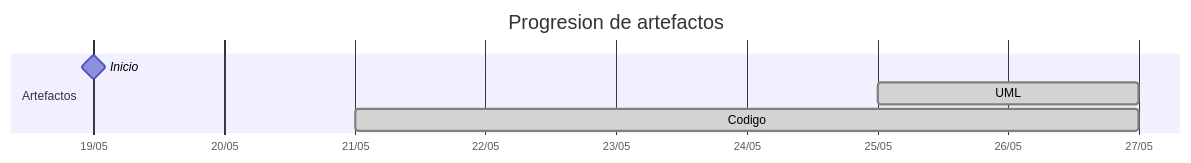
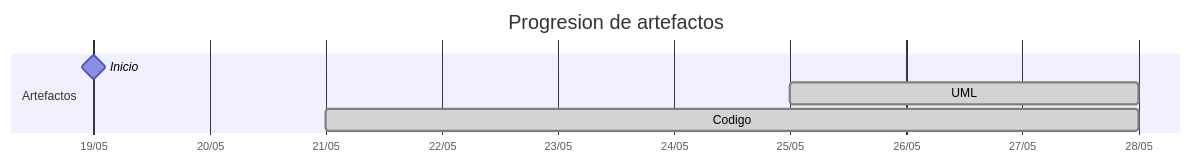
Before and after one commit to carlos-alvarado-25/25-26-idsw2-sdVC: the diagram in TIMELINES/marcosgutierrez6.md, drawn with Mermaid. The commit also changed 12 other files, not shown here.

````diff
--- a/TIMELINES/marcosgutierrez6.md
+++ b/TIMELINES/marcosgutierrez6.md
@@ -15,10 +15,10 @@
 ```mermaid
 gantt
     title Progresion de artefactos
     dateFormat YYYY-MM-DD
     axisFormat %d/%m
     section Artefactos
         Inicio       :milestone, 2026-05-19, 0d
-        UML          :done, 2026-05-25, 2026-05-27
-        Codigo       :done, 2026-05-21, 2026-05-27
+        UML          :done, 2026-05-25, 2026-05-28
+        Codigo       :done, 2026-05-21, 2026-05-28
 ```
````
